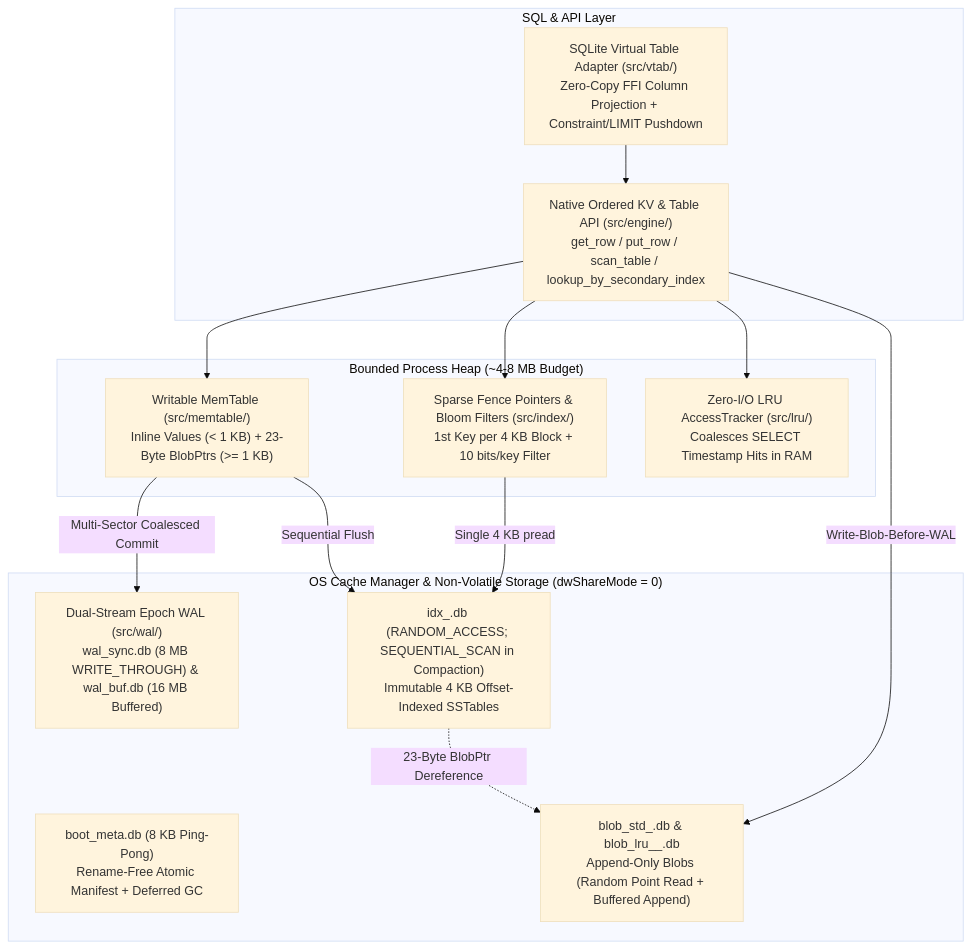
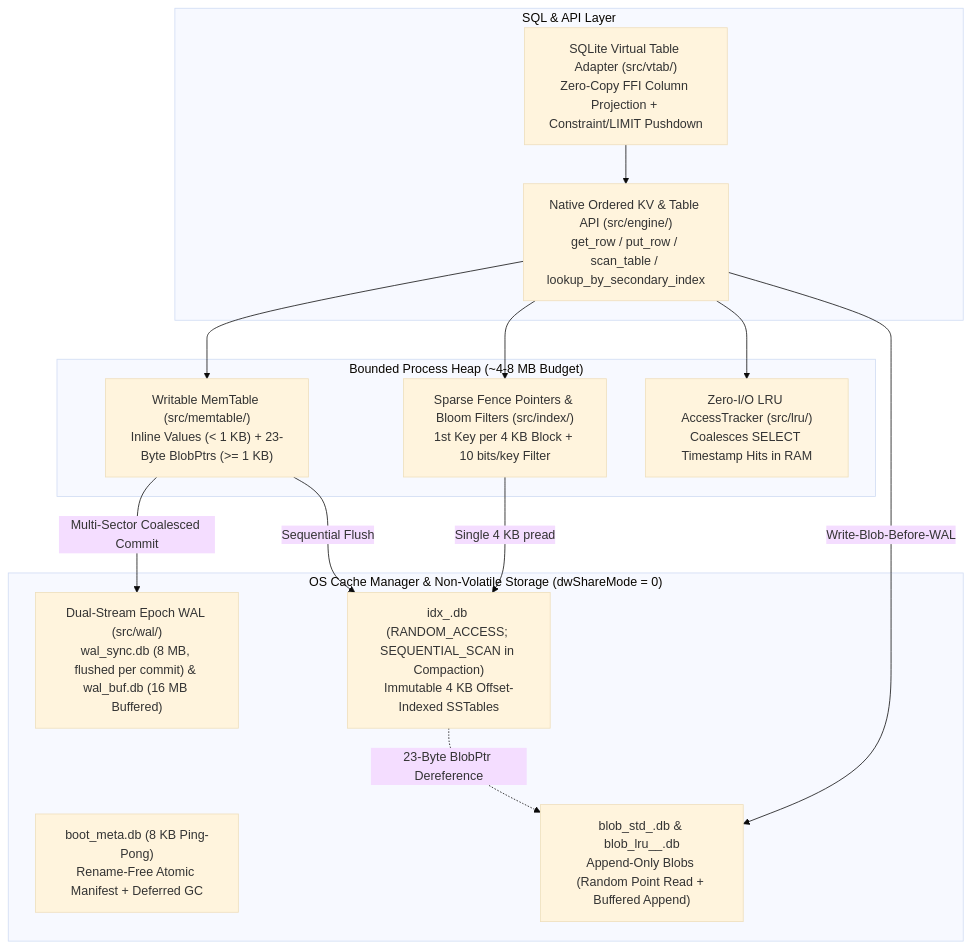
The diagram in README.md (toyoshim-i/aydb), drawn with Mermaid (base theme) before and after one commit. The commit also changed 7 other files, not shown here.

First line of the commit message:
docs: consolidate the design notes into ARCHITECTURE

````diff
--- a/README.md
+++ b/README.md
@@ -19,30 +19,30 @@
 ```mermaid
 flowchart TB
     subgraph SQL["SQL & API Layer"]
         VTAB["SQLite Virtual Table Adapter (src/vtab/)<br/>Zero-Copy FFI Column Projection + Constraint/LIMIT Pushdown"]
         KVAPI["Native Ordered KV & Table API (src/engine/)<br/>get_row / put_row / scan_table / lookup_by_secondary_index"]
     end
 
     subgraph Memory["Bounded Process Heap (~4-8 MB Budget)"]
         MT["Writable MemTable (src/memtable/)<br/>Inline Values (< 1 KB) + 23-Byte BlobPtrs (>= 1 KB)"]
         FENCE["Sparse Fence Pointers & Bloom Filters (src/index/)<br/>1st Key per 4 KB Block + 10 bits/key Filter"]
         LRU["Zero-I/O LRU AccessTracker (src/lru/)<br/>Coalesces SELECT Timestamp Hits in RAM"]
     end
 
     subgraph Disk["OS Cache Manager & Non-Volatile Storage (dwShareMode = 0)"]
         META["boot_meta.db (8 KB Ping-Pong)<br/>Rename-Free Atomic Manifest + Deferred GC"]
-        WAL["Dual-Stream Epoch WAL (src/wal/)<br/>wal_sync.db (8 MB WRITE_THROUGH) & wal_buf.db (16 MB Buffered)"]
+        WAL["Dual-Stream Epoch WAL (src/wal/)<br/>wal_sync.db (8 MB, flushed per commit) & wal_buf.db (16 MB Buffered)"]
         IDX["idx_<SeqID>.db (RANDOM_ACCESS; SEQUENTIAL_SCAN in Compaction)<br/>Immutable 4 KB Offset-Indexed SSTables"]
         BLOB["blob_std_<SeqID>.db & blob_lru_<TblID>_<SeqID>.db<br/>Append-Only Blobs (Random Point Read + Buffered Append)"]
     end
 
     VTAB --> KVAPI
     KVAPI --> MT
     KVAPI --> FENCE
     KVAPI --> LRU
     MT -->|"Multi-Sector Coalesced Commit"| WAL
     MT -->|"Sequential Flush"| IDX
     FENCE -->|"Single 4 KB pread"| IDX
     KVAPI -->|"Write-Blob-Before-WAL"| BLOB
     IDX -.->|"23-Byte BlobPtr Dereference"| BLOB
 ```
````
